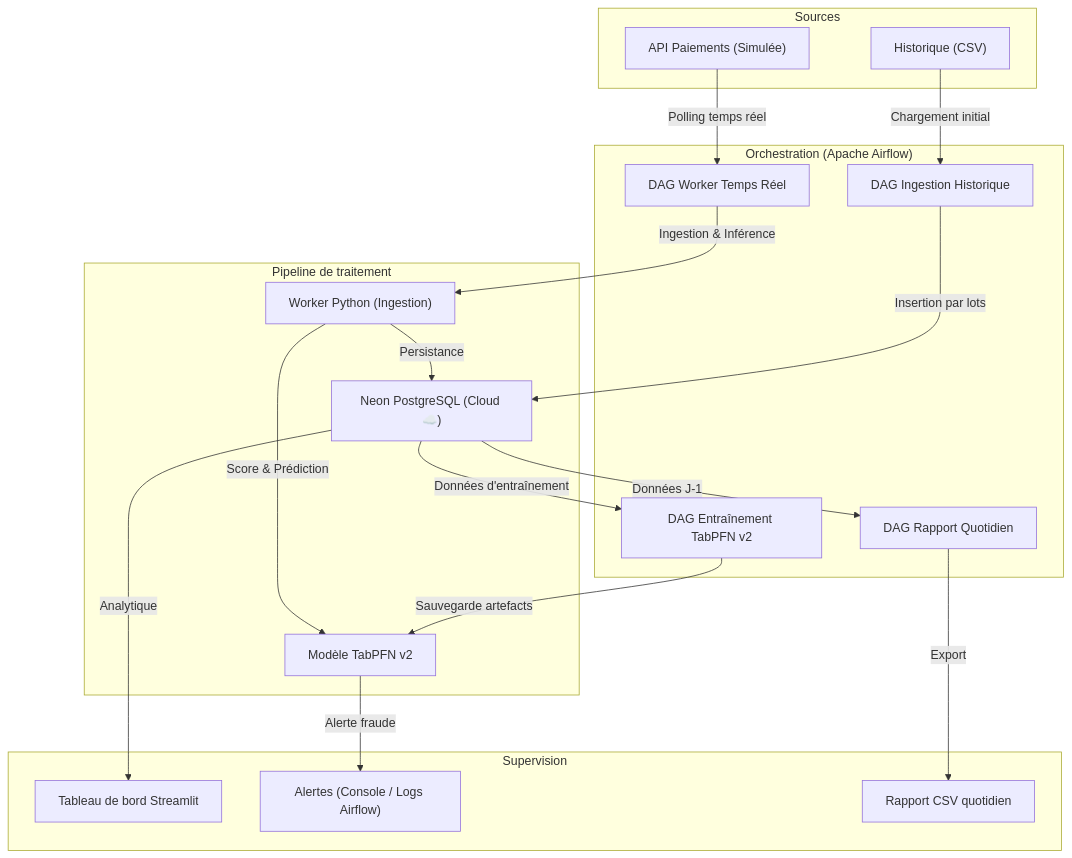
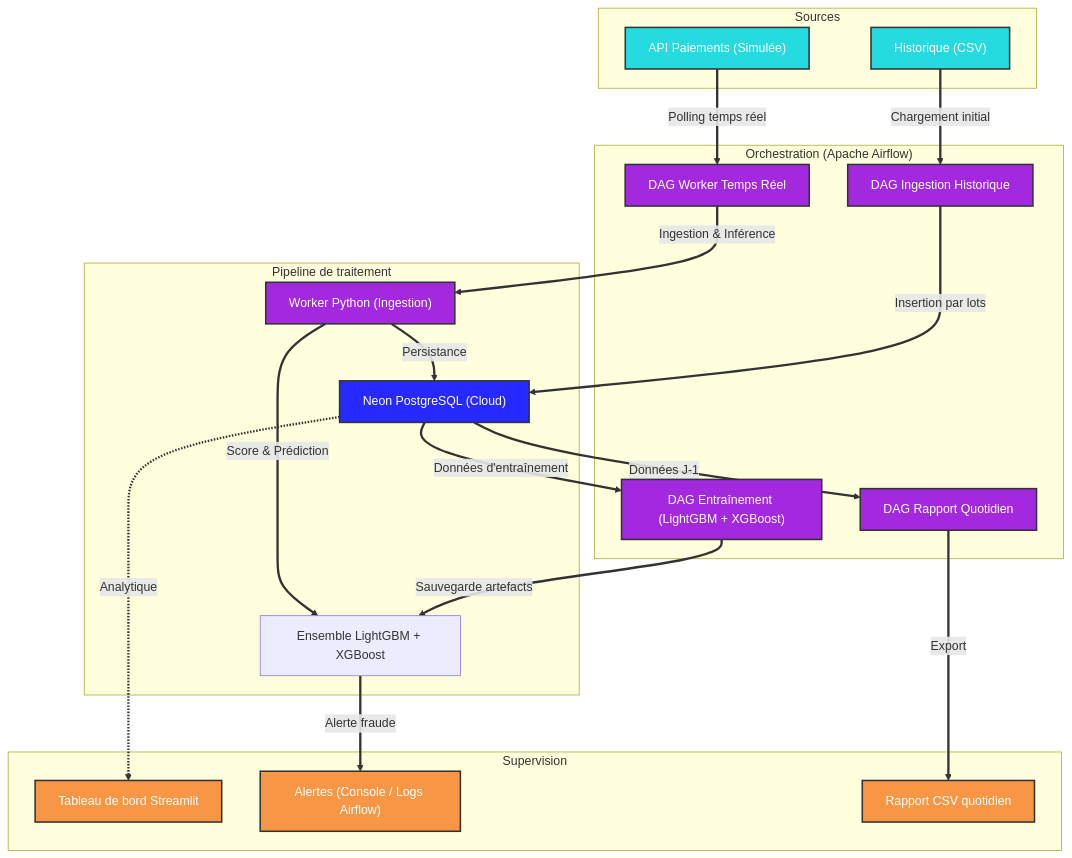
The diagram in fraud_detection/deliverables/ARCHITECTURE.md (matt-GTN/certification), drawn with Mermaid before and after one commit. The commit also changed other lines of this file and 14 other files, not shown here.

Commit message:
update : modèles d'ensemble + affichage des rapports journaliers dans le dashboard

````diff
--- a/fraud_detection/deliverables/ARCHITECTURE.md
+++ b/fraud_detection/deliverables/ARCHITECTURE.md
@@ -7,41 +7,56 @@
 ```mermaid
 flowchart TD
     subgraph Sources
         API["API Paiements (Simulée)"]
         Dataset["Historique (CSV)"]
     end
 
-    subgraph "Orchestration (Apache Airflow)"
+    subgraph Orchestration["Orchestration (Apache Airflow)"]
         DAG_Hist["DAG Ingestion Historique"]
-        DAG_Train["DAG Entraînement TabPFN v2"]
+        DAG_Train["DAG Entraînement (LightGBM + XGBoost)"]
         DAG_RT["DAG Worker Temps Réel"]
         DAG_Rapport["DAG Rapport Quotidien"]
     end
 
-    subgraph "Pipeline de traitement"
+    subgraph Pipeline["Pipeline de traitement"]
         Worker["Worker Python (Ingestion)"]
-        MQ["Neon PostgreSQL (Cloud ☁️)"]
-        Model["Modèle TabPFN v2"]
+        MQ["Neon PostgreSQL (Cloud)"]
+        Model["Ensemble LightGBM + XGBoost"]
     end
 
     subgraph Supervision
         Dash["Tableau de bord Streamlit"]
         Notif["Alertes (Console / Logs Airflow)"]
         Rapport["Rapport CSV quotidien"]
     end
 
     Dataset -->|Chargement initial| DAG_Hist
     DAG_Hist -->|Insertion par lots| MQ
     MQ -->|Données d'entraînement| DAG_Train
     DAG_Train -->|Sauvegarde artefacts| Model
 
     API -->|Polling temps réel| DAG_RT
     DAG_RT -->|Ingestion & Inférence| Worker
     Worker -->|Score & Prédiction| Model
     Model -->|Alerte fraude| Notif
     Worker -->|Persistance| MQ
 
     MQ -->|Données J-1| DAG_Rapport
     DAG_Rapport -->|Export| Rapport
-    MQ -->|Analytique| Dash
+    MQ -.->|Analytique| Dash
+
+    %% Classes de style
+    classDef source  fill:#25dbe0,stroke:#333,stroke-width:2px,color:#fff
+    classDef process fill:#a329de,stroke:#333,stroke-width:2px,color:#fff
+    classDef core    fill:#272aff,stroke:#333,stroke-width:2px,color:#fff
+    classDef output  fill:#f79645,stroke:#333,stroke-width:2px,color:#fff
+
+    %% Assignation des classes
+    class API,Dataset source
+    class DAG_Hist,DAG_Train,DAG_RT,DAG_Rapport,Worker process
+    class MQ core
+    class Dash,Notif,Rapport output
+
+    %% Liens épais par défaut
+    linkStyle default stroke:#333,stroke-width:3px
 ```
````
